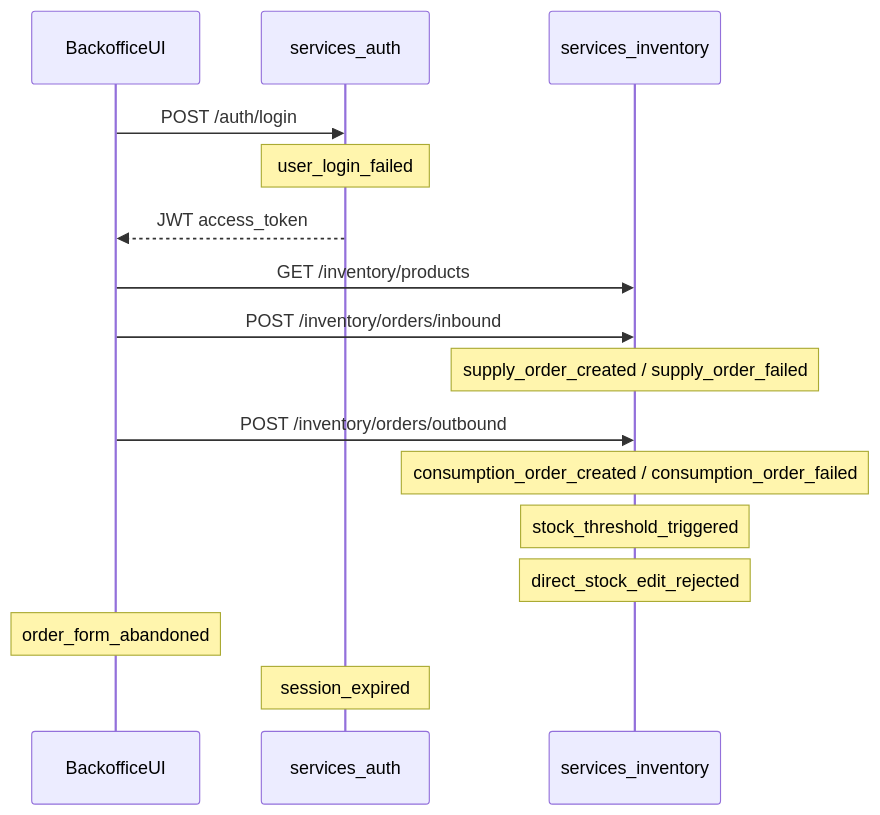
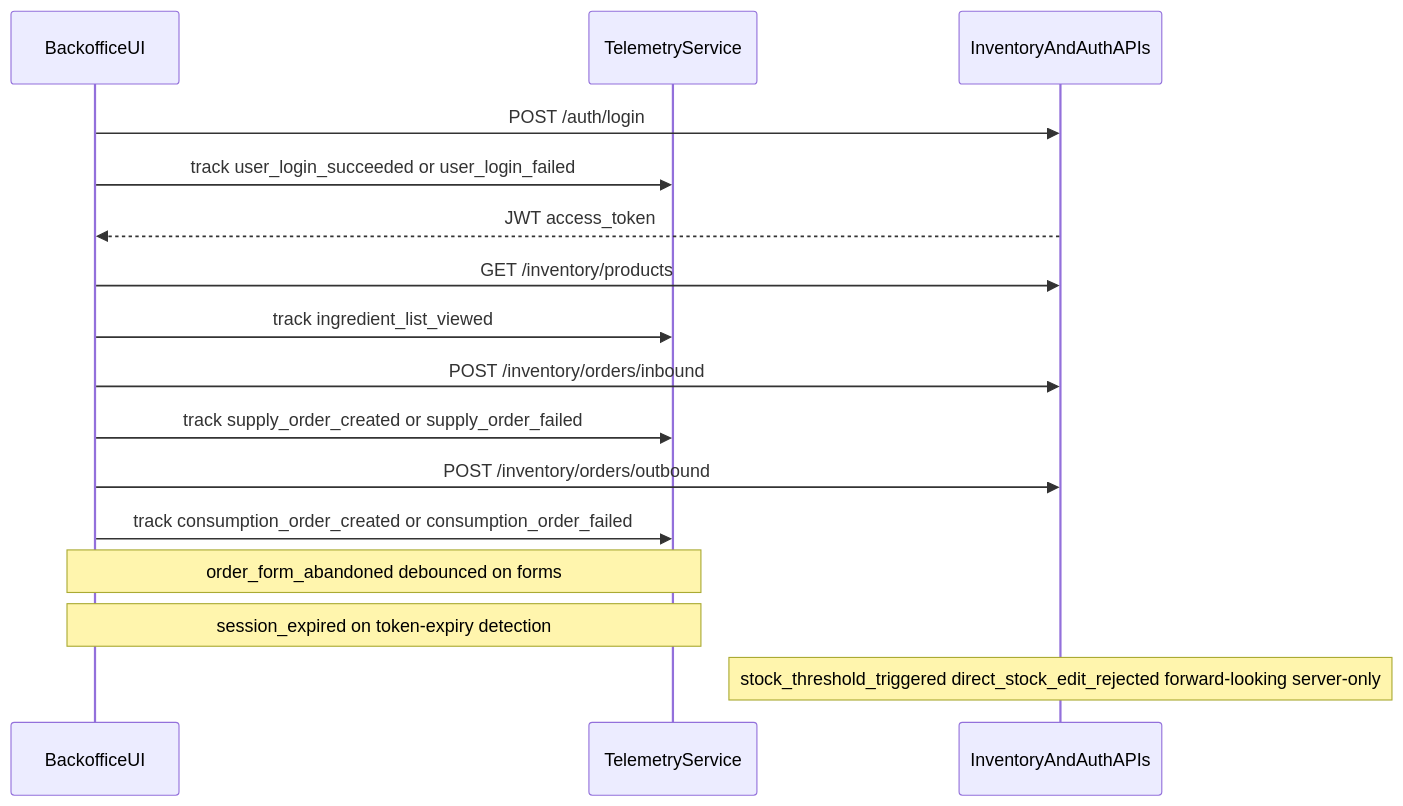
Before and after one commit to Settar-Mengli/brasaland-digital: the second of 2 diagrams in docs/telemetry/telemetry-plan.md, drawn with Mermaid. The commit also changed other lines of this file and 2 other files, not shown here.

Commit message:
docs(telemetry): amend design plan and schemas to v2.0.0

````diff
--- a/docs/telemetry/telemetry-plan.md
+++ b/docs/telemetry/telemetry-plan.md
@@ -88,19 +104,19 @@
 ```mermaid
 sequenceDiagram
   participant UI as BackofficeUI
-  participant Auth as services_auth
-  participant Inv as services_inventory
+  participant TS as TelemetryService
+  participant API as InventoryAndAuthAPIs
 
-  UI->>Auth: POST /auth/login
-  Note over Auth: user_login_failed
-  Auth-->>UI: JWT access_token
-  UI->>Inv: GET /inventory/products
-  UI->>Inv: POST /inventory/orders/inbound
-  Note over Inv: supply_order_created / supply_order_failed
-  UI->>Inv: POST /inventory/orders/outbound
-  Note over Inv: consumption_order_created / consumption_order_failed
-  Note over Inv: stock_threshold_triggered
-  Note over Inv: direct_stock_edit_rejected
-  Note over UI: order_form_abandoned
-  Note over Auth: session_expired
+  UI->>API: POST /auth/login
+  UI->>TS: track user_login_succeeded or user_login_failed
+  API-->>UI: JWT access_token
+  UI->>API: GET /inventory/products
+  UI->>TS: track ingredient_list_viewed
+  UI->>API: POST /inventory/orders/inbound
+  UI->>TS: track supply_order_created or supply_order_failed
+  UI->>API: POST /inventory/orders/outbound
+  UI->>TS: track consumption_order_created or consumption_order_failed
+  Note over UI,TS: order_form_abandoned debounced on forms
+  Note over UI,TS: session_expired on token-expiry detection
+  Note over API: stock_threshold_triggered direct_stock_edit_rejected forward-looking server-only
 ```
````
